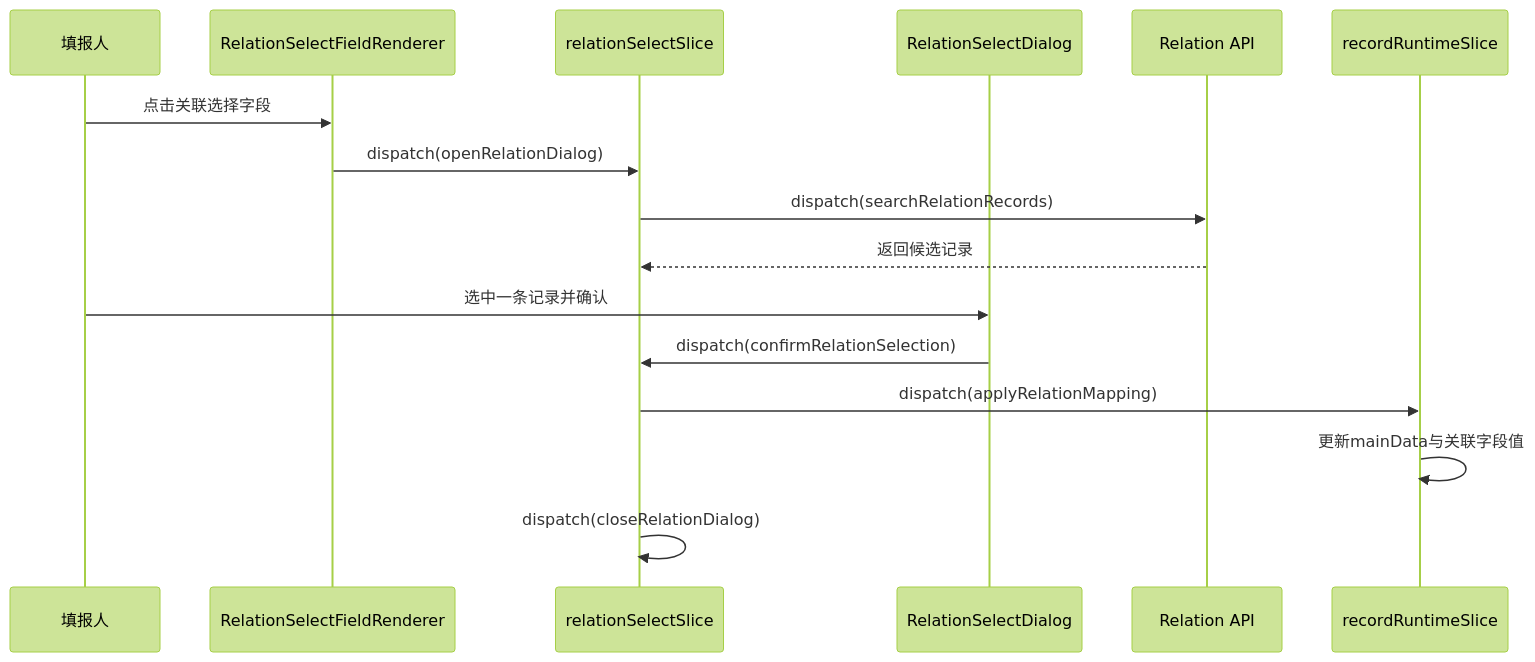
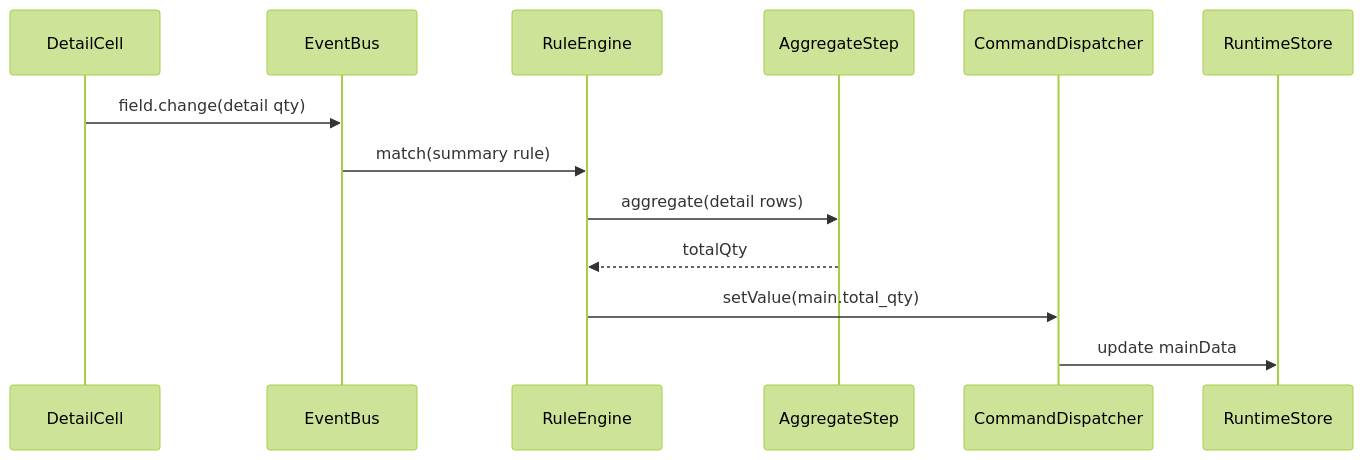
Before and after one commit to bulengjianghu/dataapp: the sixth of 6 diagrams in docs/设计/03-多表单扩展/前端设计方案/多表单扩展前端设计.md, drawn with Mermaid (forest theme). The commit also changed other lines of this file and 1 other file, not shown here.

````diff
--- a/docs/设计/03-多表单扩展/前端设计方案/多表单扩展前端设计.md
+++ b/docs/设计/03-多表单扩展/前端设计方案/多表单扩展前端设计.md
@@ -789,19 +769,16 @@
 ```mermaid
 sequenceDiagram
-    participant U as 填报人
-    participant F as RelationSelectFieldRenderer
-    participant RS as relationSelectSlice
-    participant D as RelationSelectDialog
-    participant API as Relation API
-    participant RR as recordRuntimeSlice
+    participant UI as DetailCell
+    participant Bus as EventBus
+    participant Engine as RuleEngine
+    participant Transform as AggregateStep
+    participant Dispatcher as CommandDispatcher
+    participant Store as RuntimeStore
 
-    U->>F: 点击关联选择字段
-    F->>RS: dispatch(openRelationDialog)
-    RS->>API: dispatch(searchRelationRecords)
-    API-->>RS: 返回候选记录
-    U->>D: 选中一条记录并确认
-    D->>RS: dispatch(confirmRelationSelection)
-    RS->>RR: dispatch(applyRelationMapping)
-    RR->>RR: 更新mainData与关联字段值
-    RS->>RS: dispatch(closeRelationDialog)
+    UI->>Bus: field.change(detail qty)
+    Bus->>Engine: match(summary rule)
+    Engine->>Transform: aggregate(detail rows)
+    Transform-->>Engine: totalQty
+    Engine->>Dispatcher: setValue(main.total_qty)
+    Dispatcher->>Store: update mainData
 ```
````
